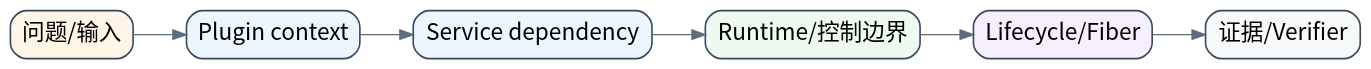
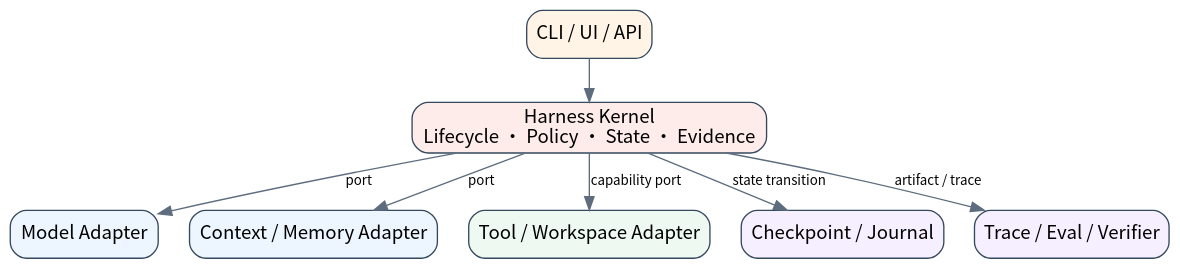
The diagram in book/assets/diagrams/19-harness-architecture.dot (william-lbn/aiagentsystem), drawn with Graphviz before and after one commit. The commit also changed 227 other files, not shown here.

```diff
--- a/book/assets/diagrams/19-harness-architecture.dot
+++ b/book/assets/diagrams/19-harness-architecture.dot
@@ -1,16 +1,18 @@
 digraph G {
-graph [rankdir=LR,bgcolor="transparent",pad="0.15",nodesep="0.4",ranksep="0.55"];
-node [shape=box,style="rounded,filled",fontname="Noto Sans CJK SC",fontsize=17,color="#34495e",penwidth=1.2];
-edge [fontname="Noto Sans CJK SC",fontsize=11,color="#5d6d7e"];
-n0 [label="问题/输入",fillcolor="#fff4e6"];
-n1 [label="Plugin context",fillcolor="#edf5ff"];
-n2 [label="Service dependency",fillcolor="#edf5ff"];
-n3 [label="Runtime/控制边界",fillcolor="#eef9f1"];
-n4 [label="Lifecycle/Fiber",fillcolor="#f6efff"];
-n5 [label="证据/Verifier",fillcolor="#f7f9f9"];
-n0->n1;
-n1->n2;
-n2->n3;
-n3->n4;
-n4->n5;
+graph [rankdir=TB,bgcolor="transparent",pad="0.18",nodesep="0.32",ranksep="0.45"];
+node [shape=box,style="rounded,filled",fontname="Noto Sans CJK SC",fontsize=14,color="#34495e"];
+edge [fontname="Noto Sans CJK SC",fontsize=10,color="#5d6d7e"];
+interaction [label="CLI / UI / API",fillcolor="#fff4e6"];
+kernel [label="Harness Kernel\nLifecycle · Policy · State · Evidence",fillcolor="#fdecea"];
+model [label="Model Adapter",fillcolor="#edf5ff"];
+context [label="Context / Memory Adapter",fillcolor="#edf5ff"];
+tools [label="Tool / Workspace Adapter",fillcolor="#eef9f1"];
+durable [label="Checkpoint / Journal",fillcolor="#f6efff"];
+verify [label="Trace / Eval / Verifier",fillcolor="#f6efff"];
+interaction->kernel;
+kernel->model [label="port"];
+kernel->context [label="port"];
+kernel->tools [label="capability port"];
+kernel->durable [label="state transition"];
+kernel->verify [label="artifact / trace"];
 }
```
